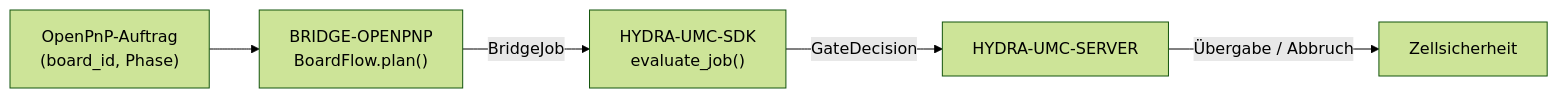
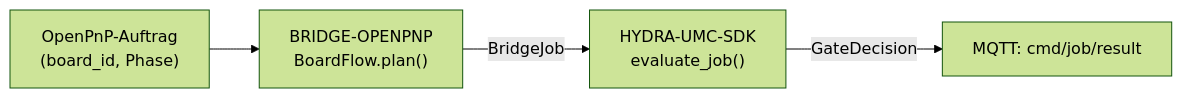
Before and after one commit to JuanenRac/HYDRA-UMC-BRIDGE-OPENPNP: the diagram in README_deu.md, drawn with Mermaid (forest theme). The commit also changed other lines of this file and 22 other files, not shown here.

````diff
--- a/README_deu.md
+++ b/README_deu.md
@@ -50,7 +51,6 @@
 ```mermaid
 flowchart LR
     JOB["OpenPnP-Auftrag<br/>(board_id, Phase)"] --> BRIDGE["BRIDGE-OPENPNP<br/>BoardFlow.plan()"]
     BRIDGE -- BridgeJob --> SDK["HYDRA-UMC-SDK<br/>evaluate_job()"]
-    SDK -- GateDecision --> SERVER["HYDRA-UMC-SERVER"]
-    SERVER -- "Übergabe / Abbruch" --> CELL["Zellsicherheit"]
+    SDK -- GateDecision --> RESULT["MQTT: cmd/job/result"]
 ```
````
